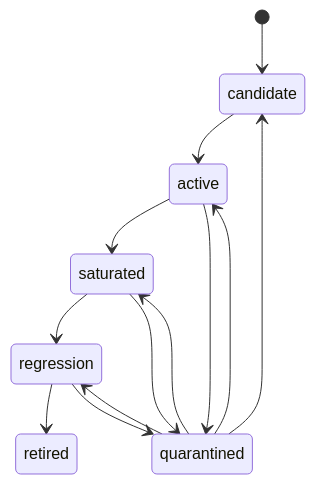
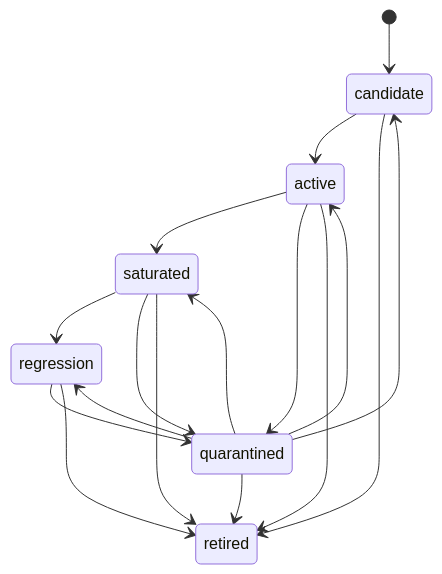
The second of 2 diagrams in standard/standard.md (mingazhev/agent-evals-standard), drawn with Mermaid before and after one commit. The commit also changed other lines of this file and 885 other files, not shown here.

````diff
--- a/standard/standard.md
+++ b/standard/standard.md
@@ -267,17 +958,19 @@
 ```mermaid
 stateDiagram-v2
   [*] --> candidate
   candidate --> active
+  candidate --> retired
   active --> saturated
+  active --> quarantined
+  active --> retired
   saturated --> regression
+  saturated --> quarantined
+  saturated --> retired
+  regression --> quarantined
   regression --> retired
-
-  active --> quarantined
-  saturated --> quarantined
-  regression --> quarantined
-
   quarantined --> candidate
   quarantined --> active
   quarantined --> saturated
   quarantined --> regression
+  quarantined --> retired
 ```
````
